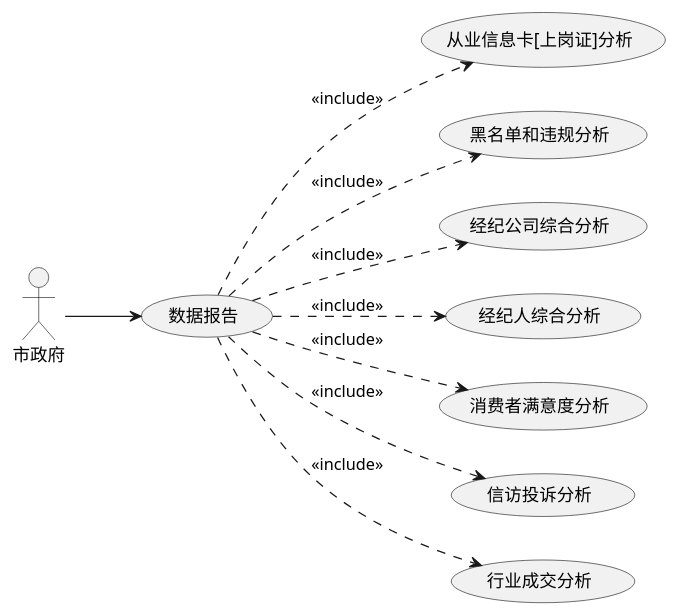
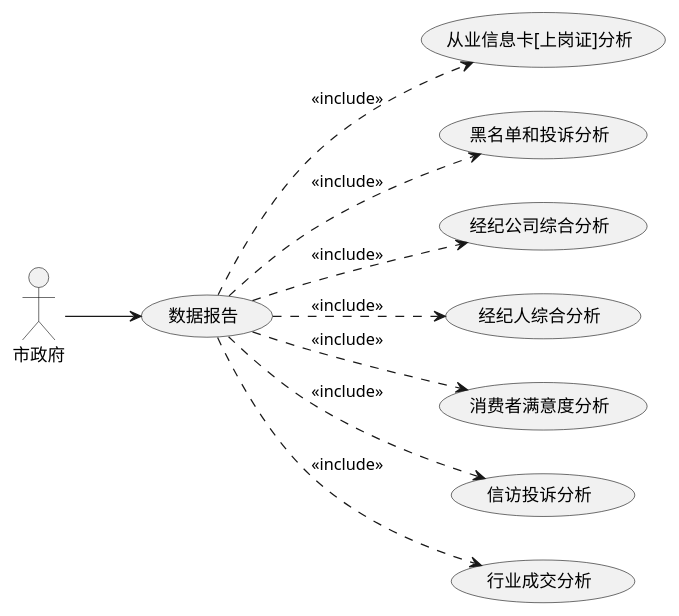
Before and after one commit to evildoerX/hyperledger-credit: the fourth of 12 diagrams in docs/credit/README.md, drawn with PlantUML. The commit also changed other lines of this file, not shown here.

```diff
--- a/docs/credit/README.md
+++ b/docs/credit/README.md
@@ -283,11 +288,11 @@
 @startuml
 left to right direction
 市政府 --> (数据报告)
 (数据报告) ..> (从业信息卡[上岗证]分析): <<include>>
-(数据报告) ..> (黑名单和违规分析): <<include>>
+(数据报告) ..> (黑名单和投诉分析): <<include>>
 (数据报告) ..> (经纪公司综合分析): <<include>>
 (数据报告) ..> (经纪人综合分析): <<include>>
 (数据报告) ..> (消费者满意度分析): <<include>>
 (数据报告) ..> (信访投诉分析): <<include>>
 (数据报告) ..> (行业成交分析): <<include>>
 @enduml
```
